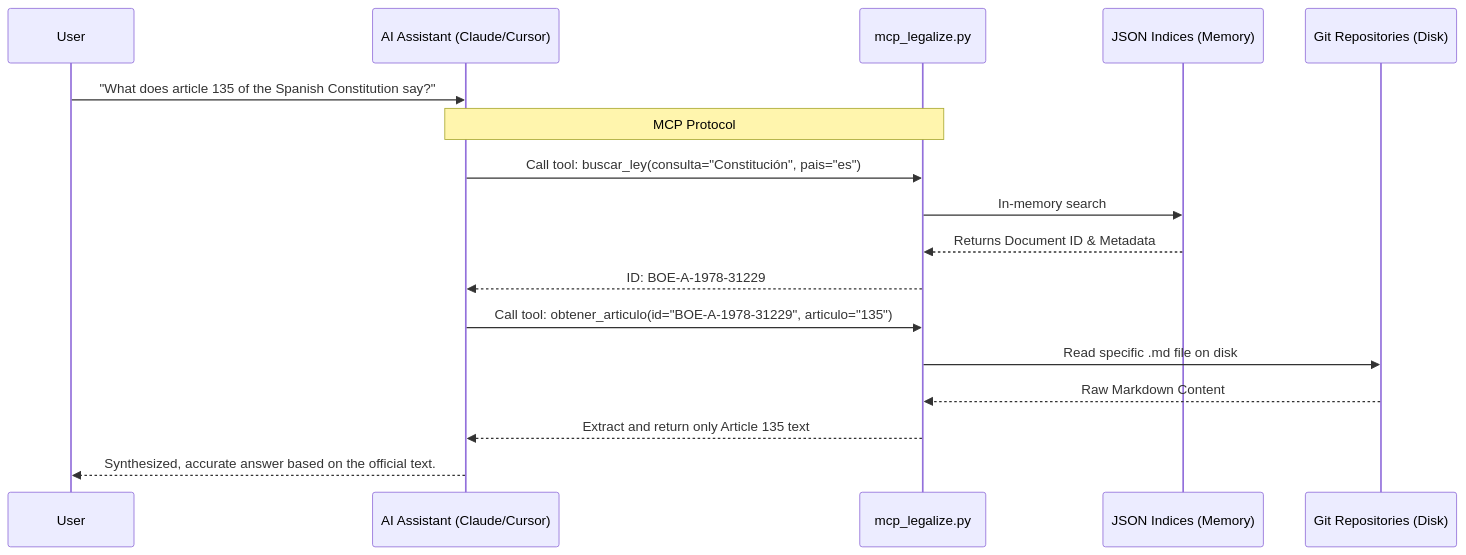
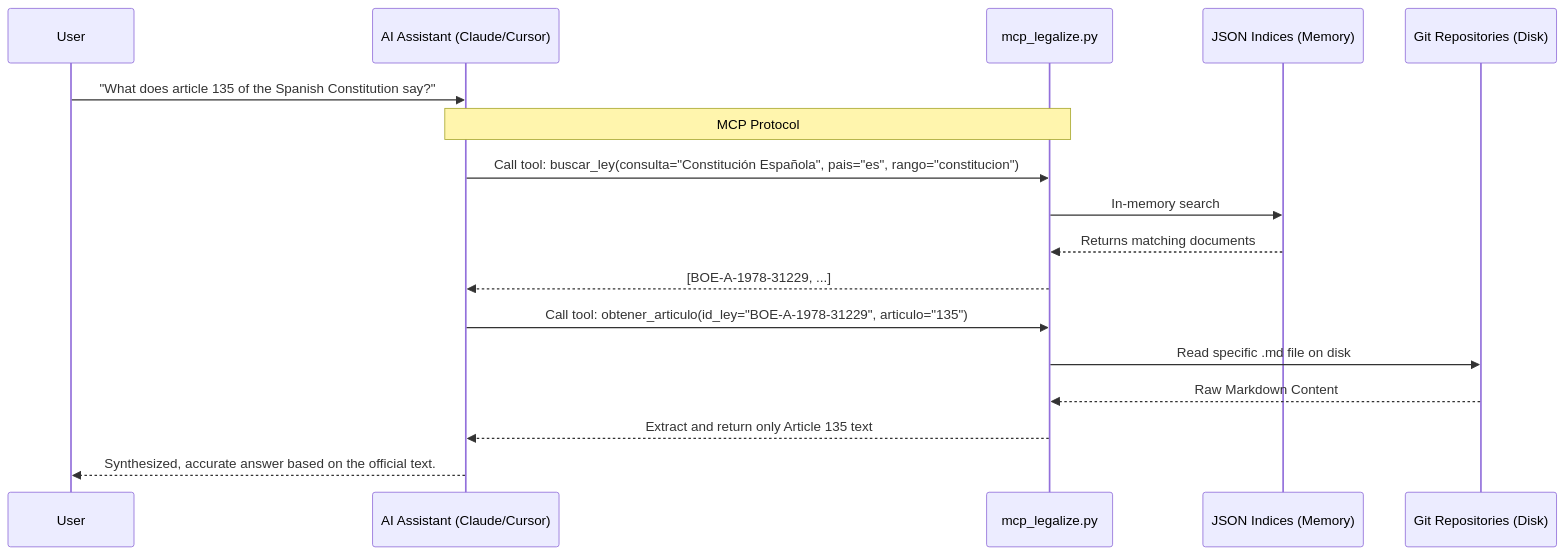
One commit to jccamel/mcp-legalize changed the diagram in README.md. Above: the diagram before and after it, drawn with Mermaid. The commit also changed 2 other files, not shown here.

Commit message:
chore: update configuration, dependencies, and docs
- Remove unused LEGALIZE_REPOS_DIR from .env.example; clarify INDICES_DIR role
- Pin fastmcp to >=2.0.0,<3.0.0 and pydantic to <3.0.0 for stability
- Update README workflow diagram to show realistic multi-result search flow
- Add clarifying comment in .env.example about index file resolution

````diff
--- a/README.md
+++ b/README.md
@@ -25,24 +25,24 @@
 ```mermaid
 sequenceDiagram
     participant U as User
     participant AI as AI Assistant (Claude/Cursor)
     participant MCP as mcp_legalize.py
     participant I as JSON Indices (Memory)
     participant R as Git Repositories (Disk)
 
     U->>AI: "What does article 135 of the Spanish Constitution say?"
     
     note over AI,MCP: MCP Protocol
-    AI->>MCP: Call tool: buscar_ley(consulta="Constitución", pais="es")
+    AI->>MCP: Call tool: buscar_ley(consulta="Constitución Española", pais="es", rango="constitucion")
     
     MCP->>I: In-memory search
-    I-->>MCP: Returns Document ID & Metadata
-    MCP-->>AI: ID: BOE-A-1978-31229
+    I-->>MCP: Returns matching documents
+    MCP-->>AI: [BOE-A-1978-31229, ...]
     
-    AI->>MCP: Call tool: obtener_articulo(id="BOE-A-1978-31229", articulo="135")
+    AI->>MCP: Call tool: obtener_articulo(id_ley="BOE-A-1978-31229", articulo="135")
     MCP->>R: Read specific .md file on disk
     R-->>MCP: Raw Markdown Content
     MCP-->>AI: Extract and return only Article 135 text
     
     AI-->>U: Synthesized, accurate answer based on the official text.
 ```
````
